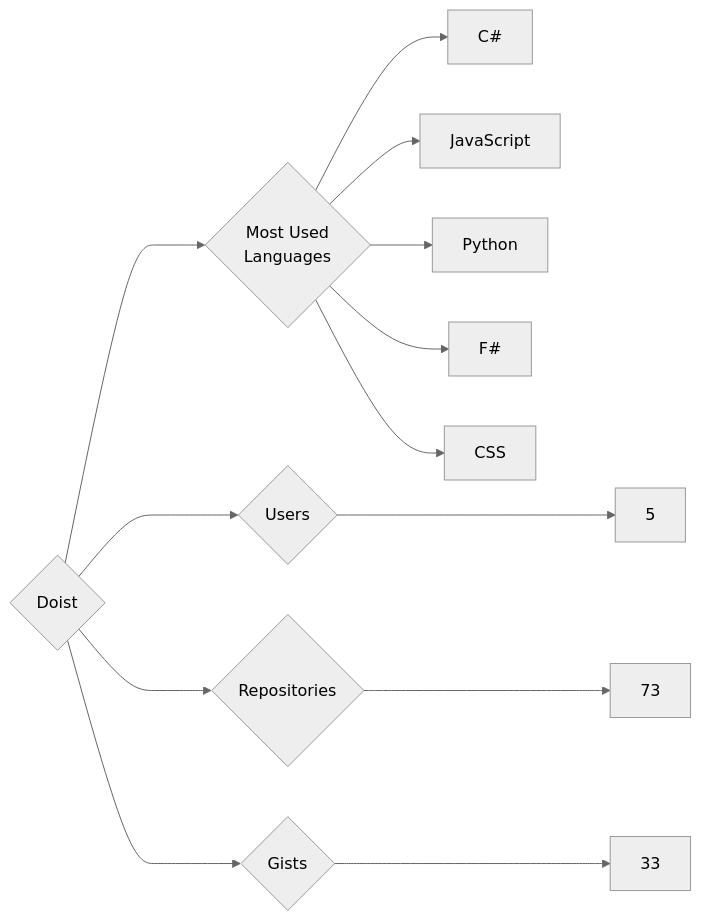
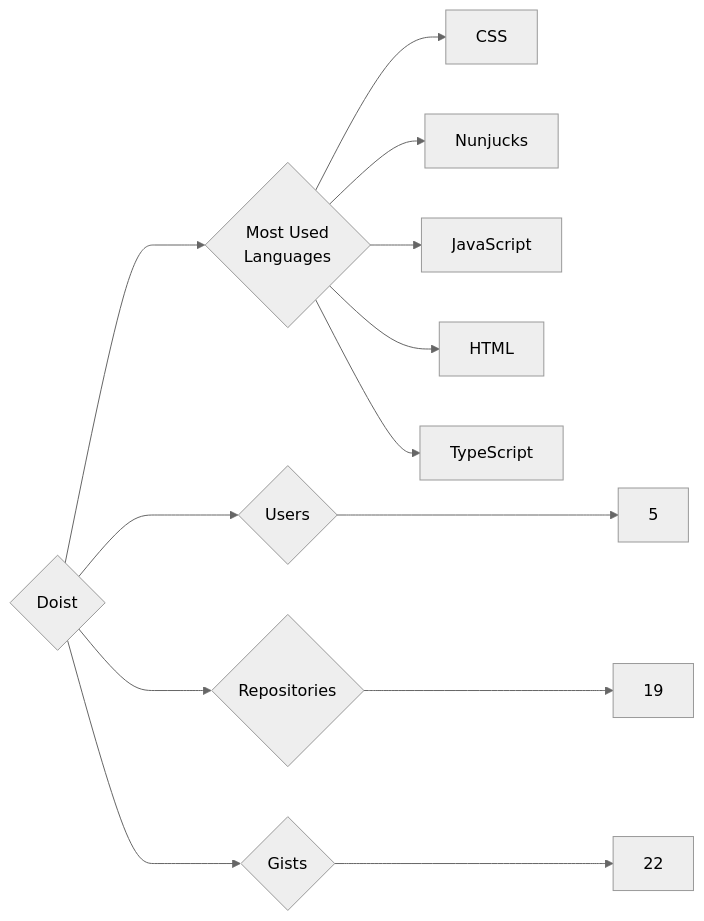
One commit to trickest/insiders changed the diagram in targets/Doist/README.md. Above: the diagram before and after it, drawn with Mermaid (neutral theme). The commit also changed 1092 other files, not shown here.

````diff
--- a/targets/Doist/README.md
+++ b/targets/Doist/README.md
@@ -3,13 +3,13 @@
 ```mermaid
 graph LR
 COMPANY_NAME{Doist}
 COMPANY_NAME ---> U{Users} ---> UN[5]
-COMPANY_NAME ---> R{Repositories} ---> RN[73]
-COMPANY_NAME ---> G{Gists} ---> GN[33]
+COMPANY_NAME ---> R{Repositories} ---> RN[19]
+COMPANY_NAME ---> G{Gists} ---> GN[22]
 COMPANY_NAME ---> ML{Most Used<br>Languages}
-ML --> C#[C#]
+ML --> CSS[CSS]
+ML --> Nunjucks[Nunjucks]
 ML --> JavaScript[JavaScript]
-ML --> Python[Python]
-ML --> F#[F#]
-ML --> CSS[CSS]
+ML --> HTML[HTML]
+ML --> TypeScript[TypeScript]
 ```
````
